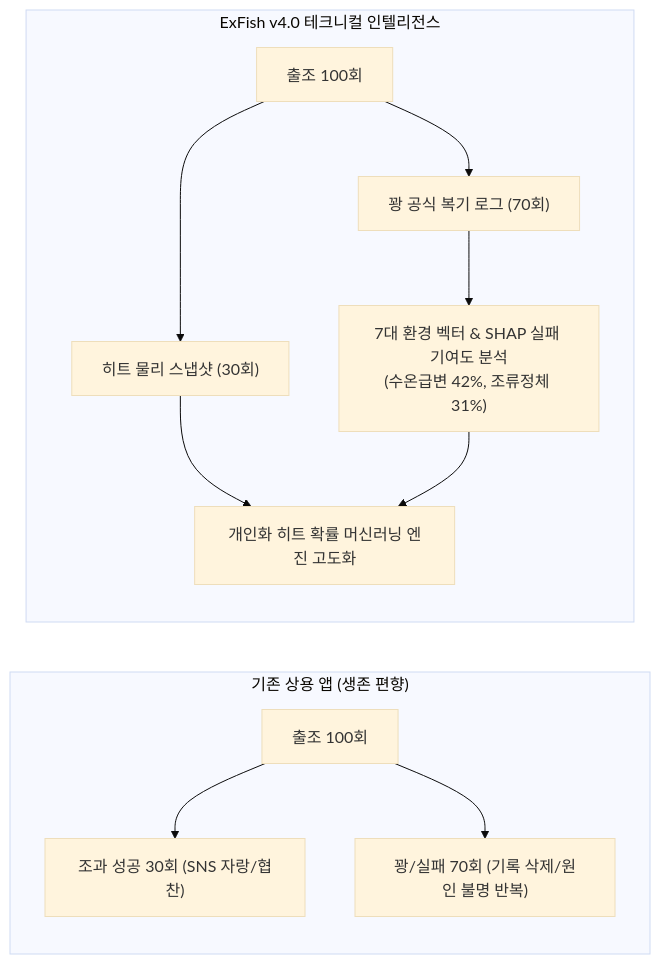
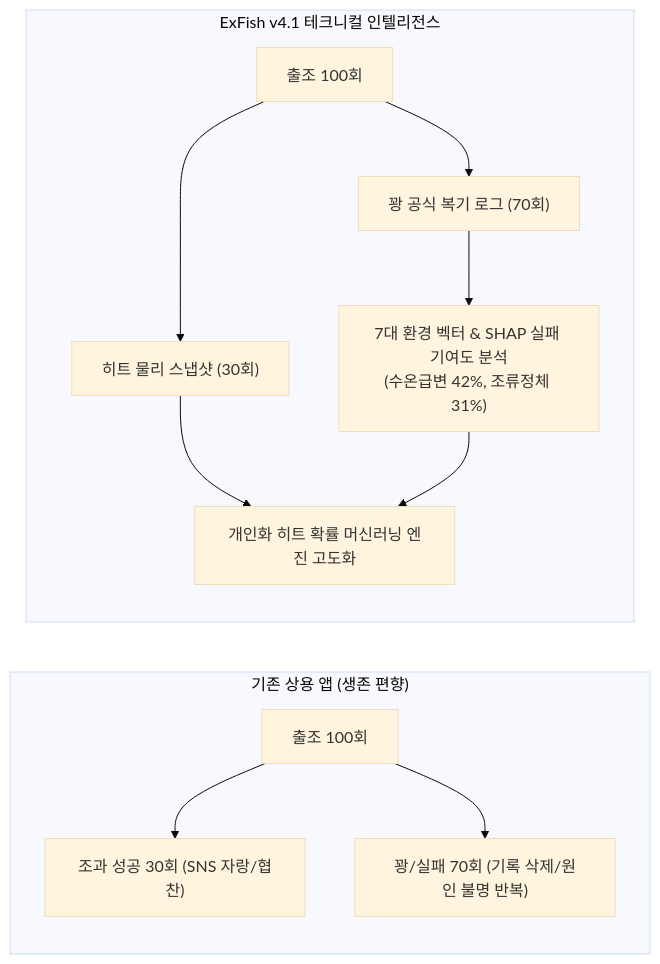
One commit to tlogger/espFish changed the first of 3 diagrams in DESIGN_SPEC.md. Above: the diagram before and after it, drawn with Mermaid (base theme). The commit also changed other lines of this file, not shown here.

````diff
--- a/DESIGN_SPEC.md
+++ b/DESIGN_SPEC.md
@@ -17,15 +54,15 @@
 ```mermaid
 flowchart LR
     subgraph TraditionalApp ["기존 상용 앱 (생존 편향)"]
         A1["출조 100회"] --> A2["조과 성공 30회 (SNS 자랑/협찬)"]
         A1 --> A3["꽝/실패 70회 (기록 삭제/원인 불명 반복)"]
     end
 
-    subgraph ExFishSystem ["ExFish v4.0 테크니컬 인텔리전스"]
+    subgraph ExFishSystem ["ExFish v4.1 테크니컬 인텔리전스"]
         B1["출조 100회"] --> B2["히트 물리 스냅샷 (30회)"]
         B1 --> B3["꽝 공식 복기 로그 (70회)"]
         B2 --> B4["개인화 히트 확률 머신러닝 엔진 고도화"]
         B3 --> B5["7대 환경 벡터 & SHAP 실패 기여도 분석<br/>(수온급변 42%, 조류정체 31%)"]
         B5 --> B4
     end
 ```
````
